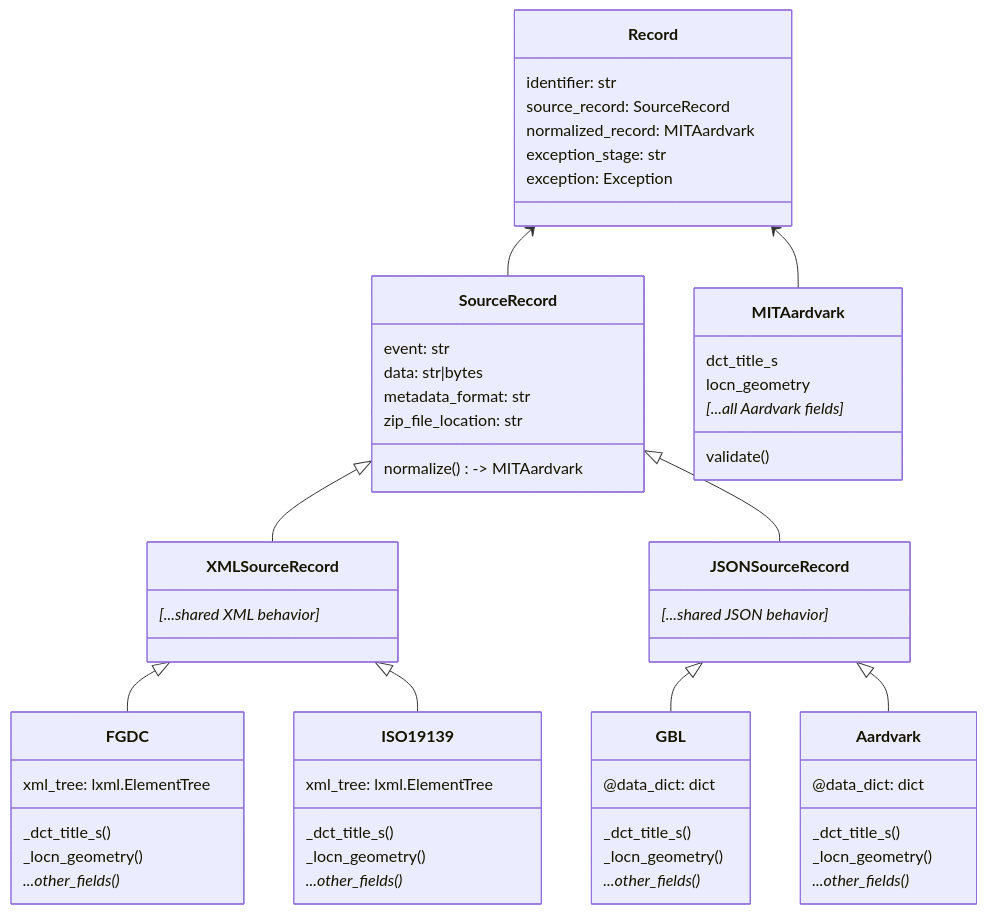
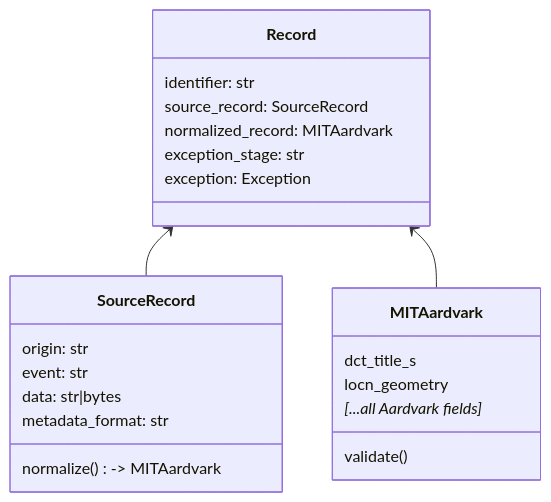
The first of 3 diagrams in docs/metadata_normalization.md (MITLibraries/geo-harvester), drawn with Mermaid before and after one commit. The commit also changed other lines of this file, not shown here.

Commit message:
Update record class diagrams and text

````diff
--- a/docs/metadata_normalization.md
+++ b/docs/metadata_normalization.md
@@ -7,62 +7,26 @@
 ```mermaid
 classDiagram
     class Record{
         identifier: str
         source_record: SourceRecord
         normalized_record: MITAardvark
         exception_stage: str
         exception: Exception
     }
     class SourceRecord{
+        origin: str
         event: str
         data: str|bytes
         metadata_format: str
-        zip_file_location: str
         normalize() -> MITAardvark
     }
     class MITAardvark{
         dct_title_s
         locn_geometry
         [...all Aardvark fields]*
         validate()
     }
-    class XMLSourceRecord{
-        [...shared XML behavior]*
-    }
-    class JSONSourceRecord{
-        [...shared JSON behavior]*
-    }
-    class FGDC{
-        xml_tree: lxml.ElementTree
-        _dct_title_s()
-        _locn_geometry()
-        ...other_fields()*
-    }
-    class ISO19139{
-        xml_tree: lxml.ElementTree
-        _dct_title_s()
-        _locn_geometry()
-        ...other_fields()*
-    }
-    class GBL{
-        @data_dict: dict
-        _dct_title_s()
-        _locn_geometry()
-        ...other_fields()*
-    }
-    class Aardvark{
-        @data_dict: dict
-        _dct_title_s()
-        _locn_geometry()
-        ...other_fields()*
-    }
     
     Record <-- SourceRecord
-    Record <-- MITAardvark
-    SourceRecord <|-- XMLSourceRecord
-    SourceRecord <|-- JSONSourceRecord
-    XMLSourceRecord <|-- FGDC
-    XMLSourceRecord <|-- ISO19139
-    JSONSourceRecord <|-- GBL
-    JSONSourceRecord <|-- Aardvark
+    Record <-- MITAardvark    
 ```
````
